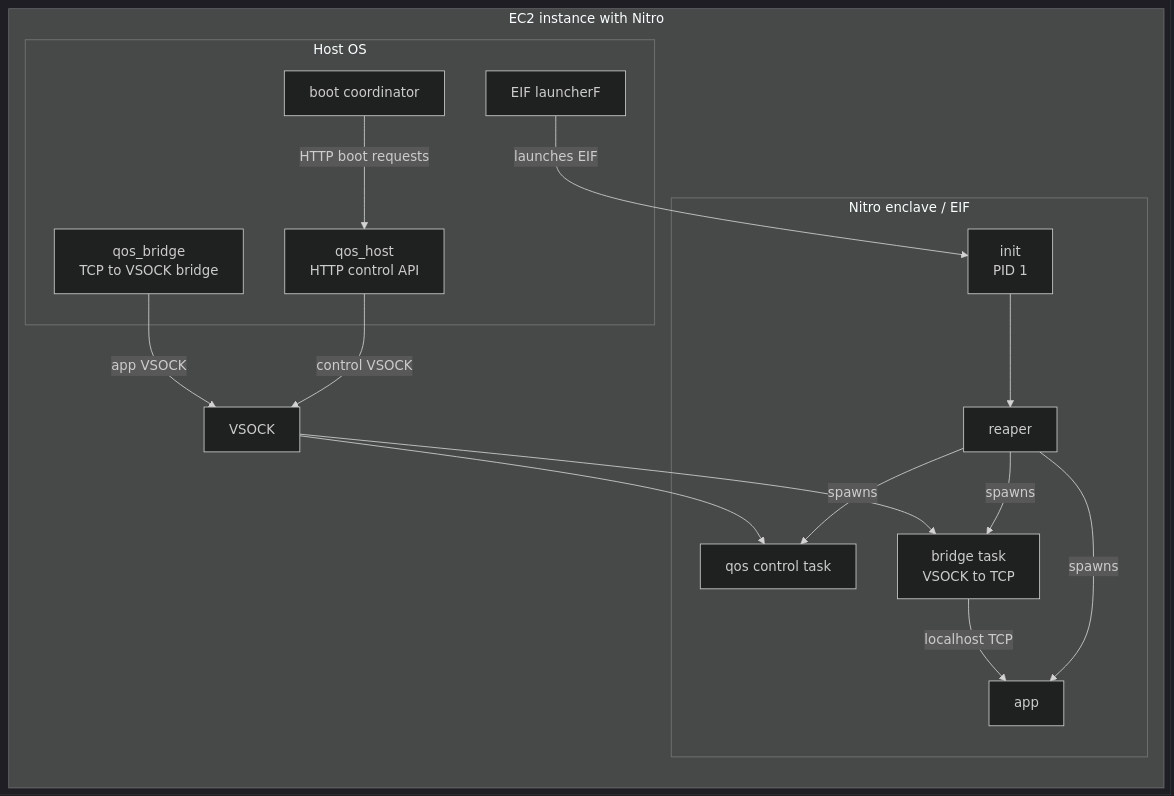
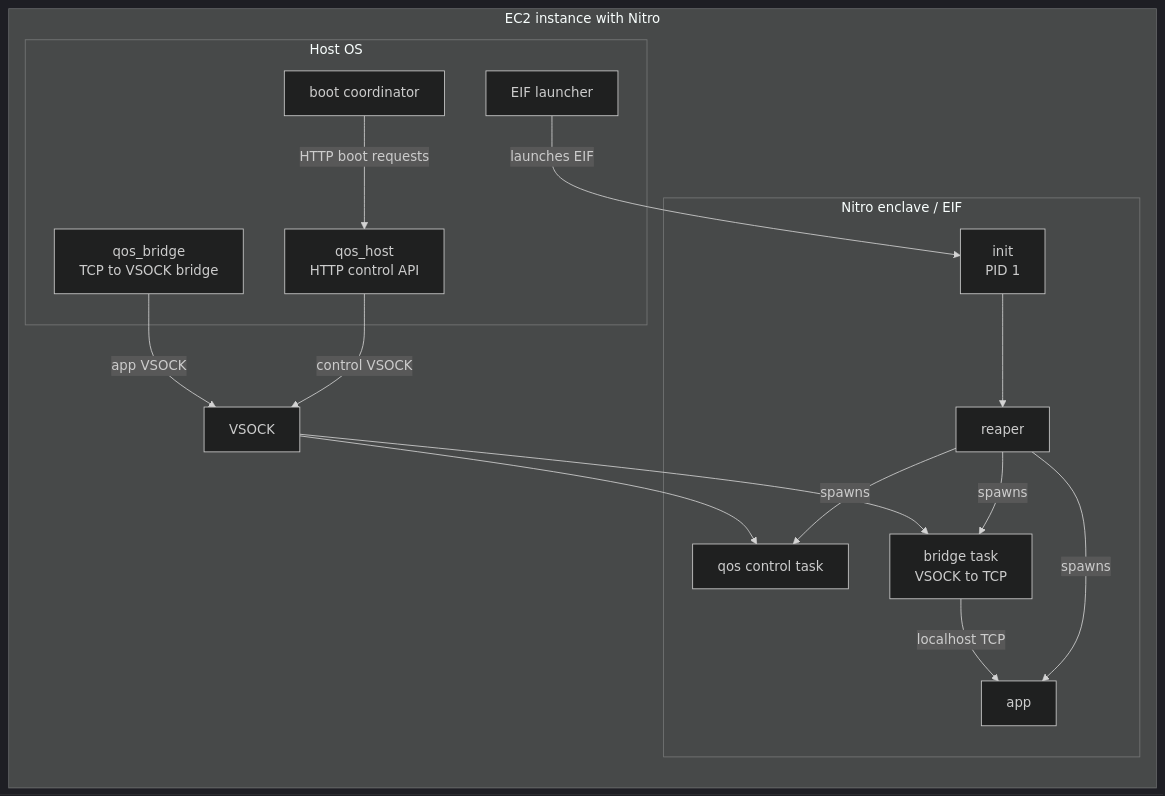
The first of 5 diagrams in docs/networking.md (tkhq/qos), drawn with Mermaid (dark theme) before and after one commit. The commit also changed 3 other files, not shown here.

````diff
--- a/docs/networking.md
+++ b/docs/networking.md
@@ -14,34 +14,34 @@
 ```mermaid
 flowchart LR
     subgraph EC2["EC2 instance with Nitro"]
         subgraph Host["Host OS"]
-            Launcher["EIF launcherF"]
+            Launcher["EIF launcher"]
             QH["qos_host<br/>HTTP control API"]
             Coordinator["boot coordinator"]
             QB["qos_bridge<br/>TCP to VSOCK bridge"]
         end
 
         Boundary["VSOCK"]
 
         subgraph Enclave["Nitro enclave / EIF"]
             Init["init<br/>PID 1"]
             Reaper["reaper"]
             Control["qos control task"]
             BridgeTask["bridge task<br/>VSOCK to TCP"]
             App["app"]
 
             Init --> Reaper
             Reaper -->|spawns| Control
             Reaper -->|spawns| BridgeTask
             Reaper -->|spawns| App
         end
     end
 
     Launcher -->|launches EIF| Init
     Coordinator -->|HTTP boot requests| QH
     QH -->|control VSOCK| Boundary
     Boundary --> Control
     QB -->|app VSOCK| Boundary
     Boundary --> BridgeTask
     BridgeTask -->|localhost TCP| App
 ```
````
